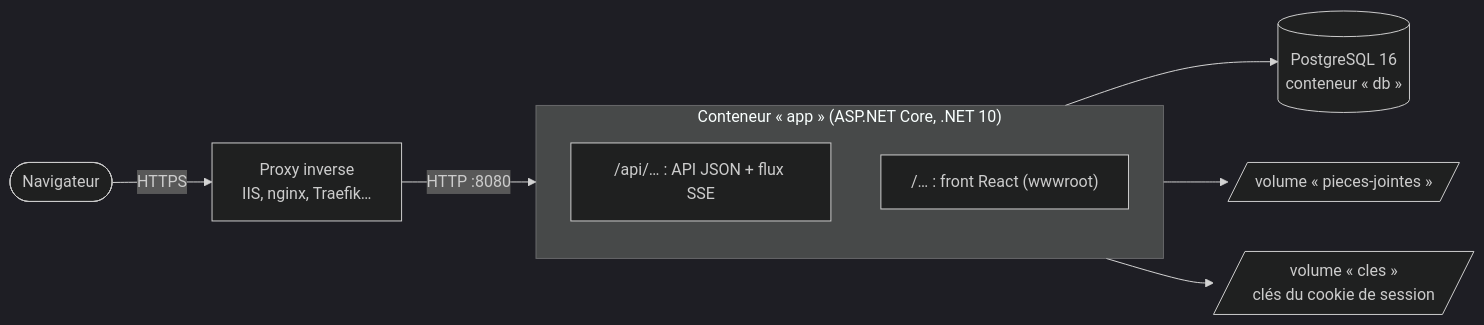
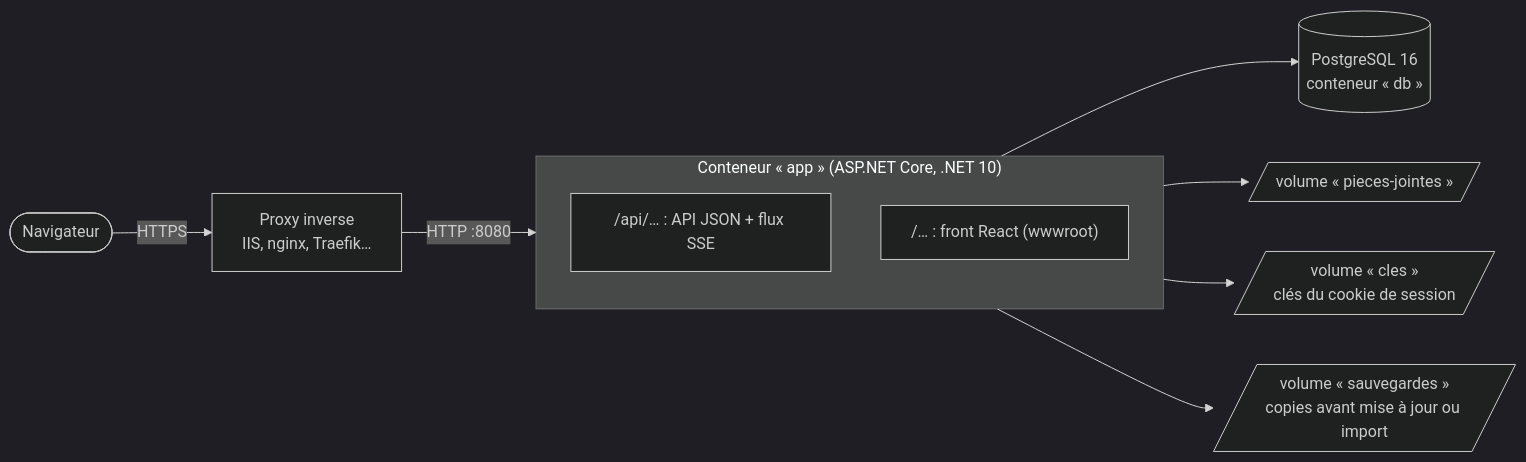
One commit to SolaDevSolide/gestion-mep changed the diagram in docs/Architecture.md. Above: the diagram before and after it, drawn with Mermaid (dark theme).

Commit message:
docs : volume sauvegardes dans le schéma d'architecture

````diff
--- a/docs/Architecture.md
+++ b/docs/Architecture.md
@@ -7,12 +7,13 @@
 ```mermaid
 flowchart LR
     nav([Navigateur]) -- HTTPS --> proxy[Proxy inverse<br/>IIS, nginx, Traefik…]
     proxy -- "HTTP :8080" --> app
     subgraph app ["Conteneur « app » (ASP.NET Core, .NET 10)"]
         api["/api/… : API JSON + flux SSE"]
         web["/… : front React (wwwroot)"]
     end
     app --> db[(PostgreSQL 16<br/>conteneur « db »)]
     app --> pj[/volume « pieces-jointes »/]
     app --> cles[/volume « cles »<br/>clés du cookie de session/]
+    app --> sauv[/volume « sauvegardes »<br/>copies avant mise à jour ou import/]
 ```
````
